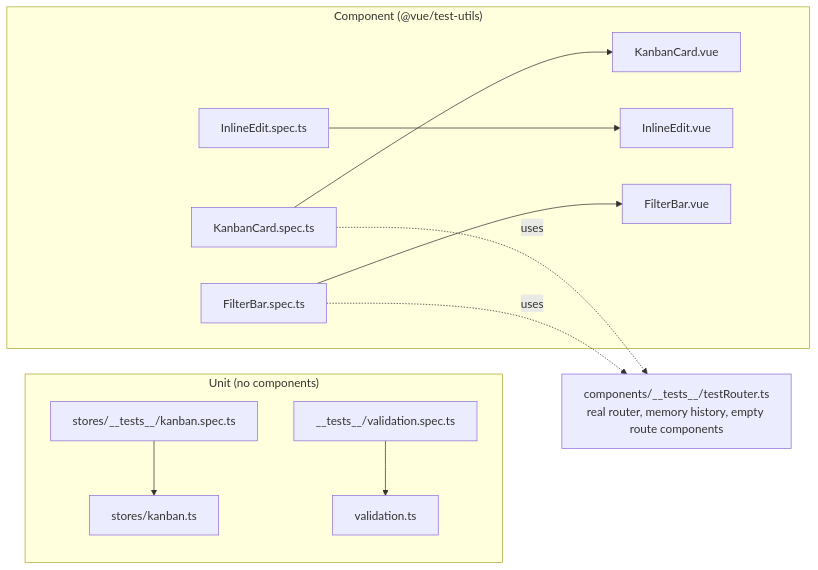
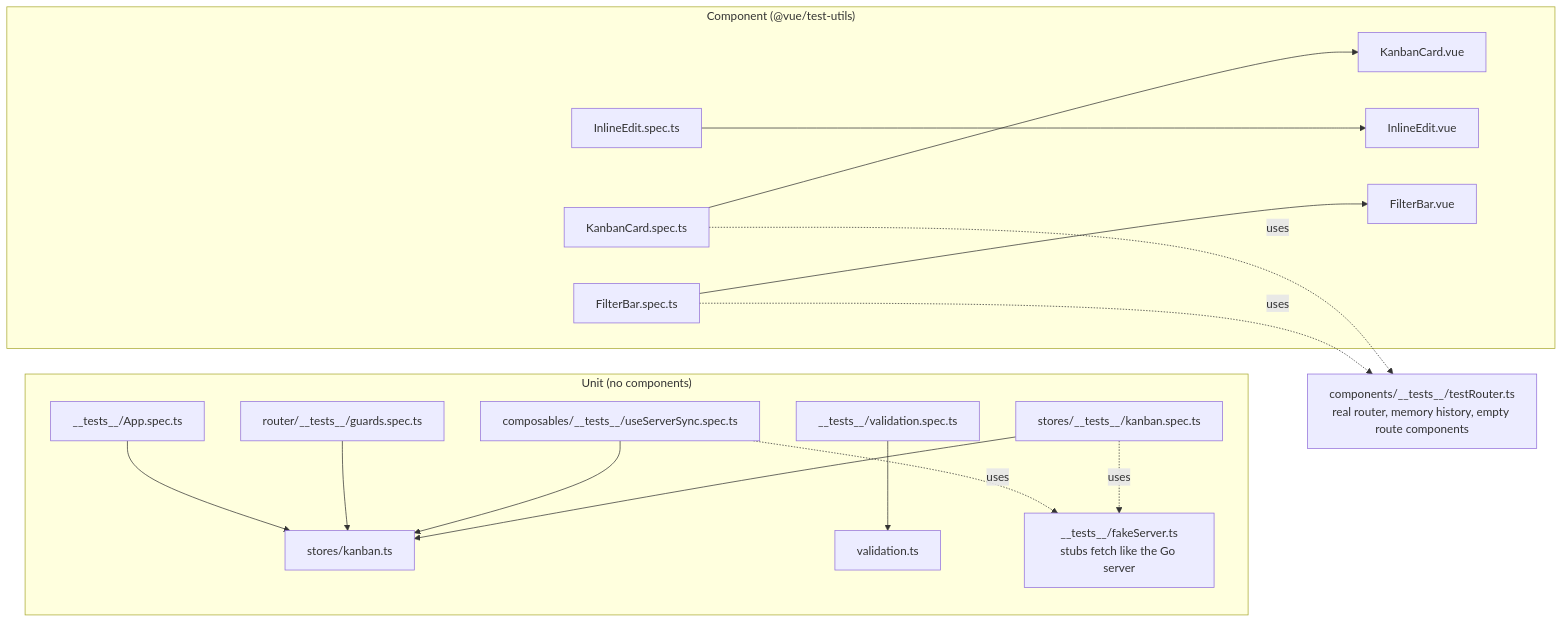
Diagram 12 of 15 in docs/architecture.md (0quasarquantum0/Kanban_Vue), drawn with Mermaid before and after one commit. The commit also changed other lines of this file and 16 other files, not shown here.

Commit message:
go step 4: connect the Vue app to the Go server

````diff
--- a/docs/architecture.md
+++ b/docs/architecture.md
@@ -295,15 +332,21 @@
 ```mermaid
 flowchart LR
   subgraph unit["Unit (no components)"]
     storeSpec["stores/__tests__/kanban.spec.ts"] --> store["stores/kanban.ts"]
     valSpec["__tests__/validation.spec.ts"] --> val["validation.ts"]
+    syncSpec["composables/__tests__/useServerSync.spec.ts"] --> store
+    guardSpec["router/__tests__/guards.spec.ts"] --> store
+    appSpec["__tests__/App.spec.ts"] --> store
+    fake["__tests__/fakeServer.ts<br/>stubs fetch like the Go server"]
+    storeSpec -. uses .-> fake
+    syncSpec -. uses .-> fake
   end
   subgraph comp["Component (@vue/test-utils)"]
     cardSpec["KanbanCard.spec.ts"] --> card["KanbanCard.vue"]
     inlineSpec["InlineEdit.spec.ts"] --> inline["InlineEdit.vue"]
     filterSpec["FilterBar.spec.ts"] --> filter["FilterBar.vue"]
   end
   router["components/__tests__/testRouter.ts<br/>real router, memory history, empty route components"]
   cardSpec -. uses .-> router
   filterSpec -. uses .-> router
 ```
````
